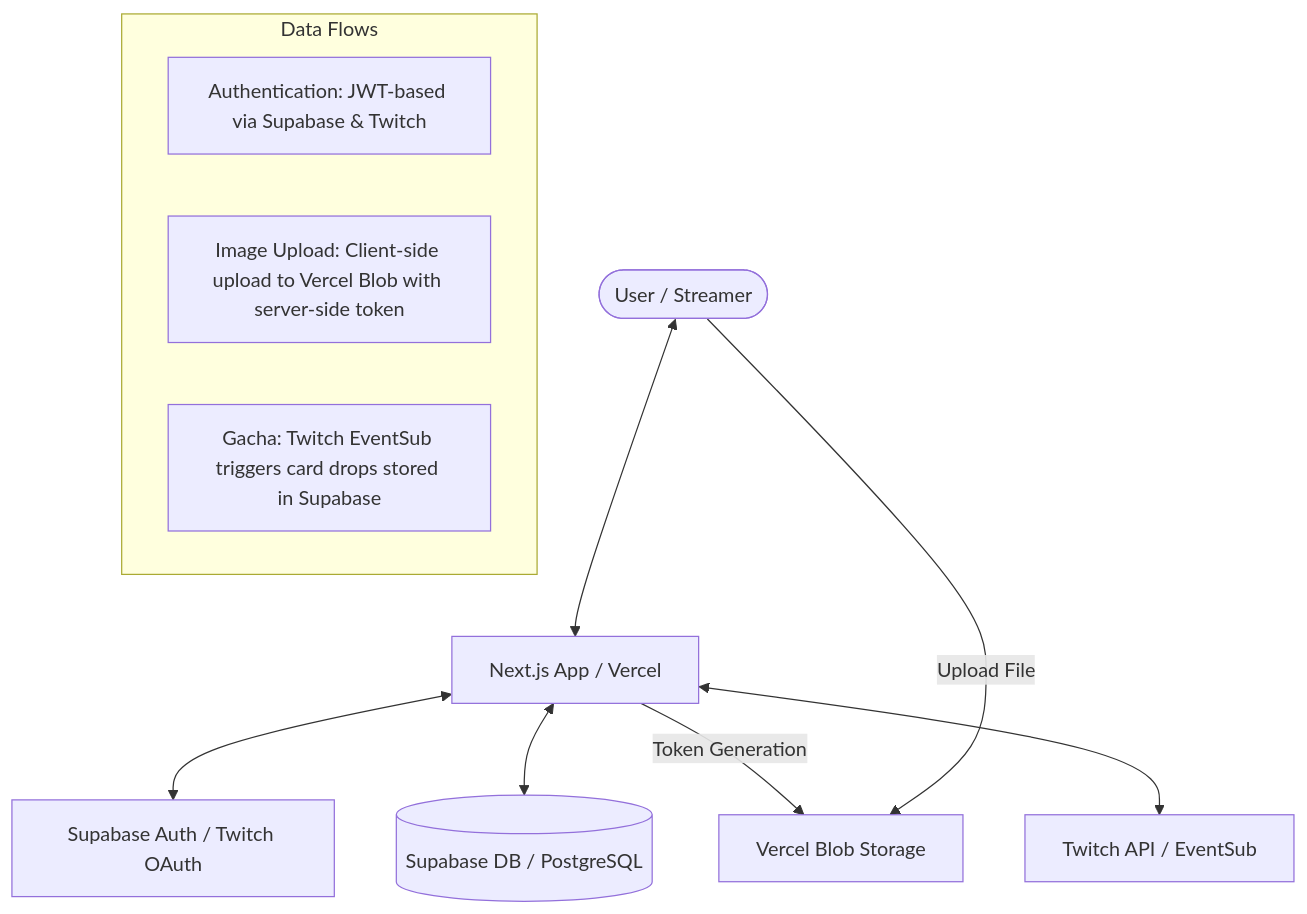
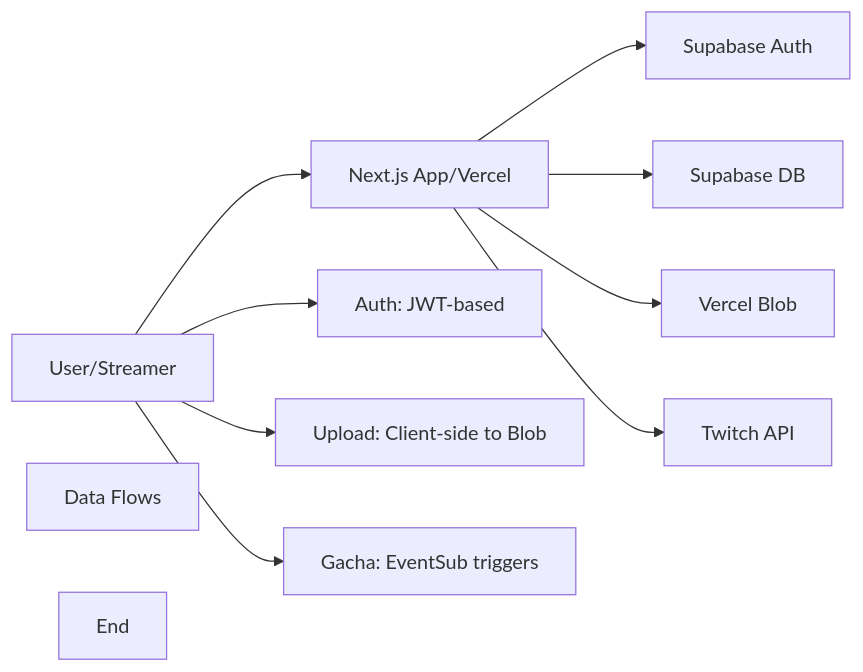
One commit to azumag/twica changed the diagram in README.md. Above: the diagram before and after it, drawn with Mermaid. The commit also changed other lines of this file and 28 other files, not shown here.

````diff
--- a/README.md
+++ b/README.md
@@ -18,15 +18,18 @@
 ```mermaid
-graph TD
-    User([User / Streamer]) <--> NextJS[Next.js App / Vercel]
-    NextJS <--> SupabaseAuth[Supabase Auth / Twitch OAuth]
-    NextJS <--> SupabaseDB[(Supabase DB / PostgreSQL)]
-    NextJS -- "Token Generation" --> VercelBlob[Vercel Blob Storage]
-    User -- "Upload File" --> VercelBlob
-    NextJS <--> TwitchAPI[Twitch API / EventSub]
-    
-    subgraph "Data Flows"
-        AuthFlow[Authentication: JWT-based via Supabase & Twitch]
-        UploadFlow[Image Upload: Client-side upload to Vercel Blob with server-side token]
-        GachaFlow[Gacha: Twitch EventSub triggers card drops stored in Supabase]
-    end
+graph LR
+    User[User/Streamer] --> NextJS[Next.js App/Vercel]
+    NextJS --> SupabaseAuth[Supabase Auth]
+    NextJS --> SupabaseDB[Supabase DB]
+    NextJS --> VercelBlob[Vercel Blob]
+    NextJS --> Twitch[Twitch API]
+
+    Subgraph[Data Flows]
+    AuthFlow[Auth: JWT-based]
+    UploadFlow[Upload: Client-side to Blob]
+    GachaFlow[Gacha: EventSub triggers]
+    End
+
+    User --> AuthFlow
+    User --> UploadFlow
+    User --> GachaFlow
 ```
````
